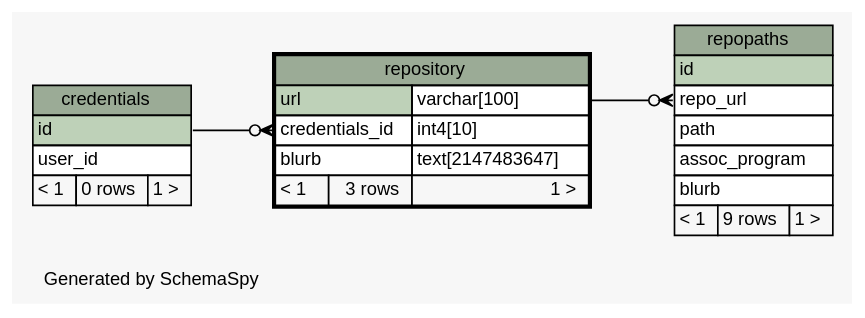
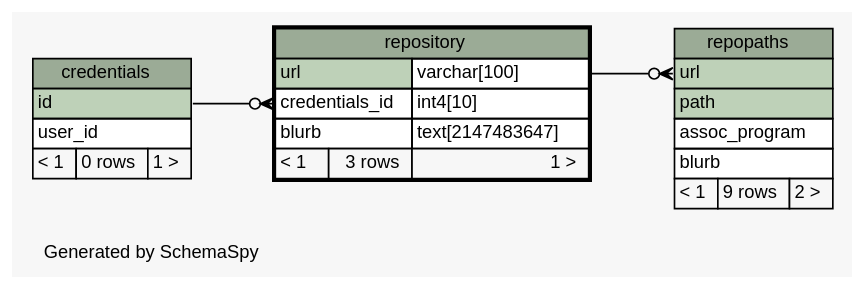
Before and after one commit to tgbugs/mlab: the diagram in database/ss/diagrams/repository.1degree.dot, drawn with Graphviz. The commit also changed 187 other files, not shown here.

```diff
--- a/database/ss/diagrams/repository.1degree.dot
+++ b/database/ss/diagrams/repository.1degree.dot
@@ -1,61 +1,60 @@
 // dot 2.32.0 on Windows 7 6.1
 // SchemaSpy rev 590
 digraph "oneDegreeRelationshipsDiagram" {
   graph [
     rankdir="RL"
     bgcolor="#f7f7f7"
     label="\nGenerated by SchemaSpy"
     labeljust="l"
     nodesep="0.18"
     ranksep="0.46"
     fontname="Helvetica"
     fontsize="11"
   ];
   node [
     fontname="Helvetica"
     fontsize="11"
     shape="plaintext"
   ];
   edge [
     arrowsize="0.8"
   ];
-  "repopaths":"repo_url":w -> "repository":"url.type":e [arrowhead=none dir=back arrowtail=crowodot];
+  "repopaths":"url":w -> "repository":"url.type":e [arrowhead=none dir=back arrowtail=crowodot];
   "repository":"credentials_id":w -> "credentials":"id":e [arrowhead=none dir=back arrowtail=crowodot];
   "credentials" [
     label=<
     <TABLE BORDER="0" CELLBORDER="1" CELLSPACING="0" BGCOLOR="#ffffff">
       <TR><TD COLSPAN="3" BGCOLOR="#9bab96" ALIGN="CENTER">credentials</TD></TR>
       <TR><TD PORT="id" COLSPAN="3" BGCOLOR="#bed1b8" ALIGN="LEFT">id</TD></TR>
       <TR><TD PORT="user_id" COLSPAN="3" ALIGN="LEFT">user_id</TD></TR>
       <TR><TD ALIGN="LEFT" BGCOLOR="#f7f7f7">&lt; 1</TD><TD ALIGN="RIGHT" BGCOLOR="#f7f7f7">0 rows</TD><TD ALIGN="RIGHT" BGCOLOR="#f7f7f7">1 &gt;</TD></TR>
     </TABLE>>
     URL="credentials.html"
     tooltip="credentials"
   ];
   "repopaths" [
     label=<
     <TABLE BORDER="0" CELLBORDER="1" CELLSPACING="0" BGCOLOR="#ffffff">
       <TR><TD COLSPAN="3" BGCOLOR="#9bab96" ALIGN="CENTER">repopaths</TD></TR>
-      <TR><TD PORT="id" COLSPAN="3" BGCOLOR="#bed1b8" ALIGN="LEFT">id</TD></TR>
-      <TR><TD PORT="repo_url" COLSPAN="3" ALIGN="LEFT">repo_url</TD></TR>
-      <TR><TD PORT="path" COLSPAN="3" ALIGN="LEFT">path</TD></TR>
+      <TR><TD PORT="url" COLSPAN="3" BGCOLOR="#bed1b8" ALIGN="LEFT">url</TD></TR>
+      <TR><TD PORT="path" COLSPAN="3" BGCOLOR="#bed1b8" ALIGN="LEFT">path</TD></TR>
       <TR><TD PORT="assoc_program" COLSPAN="3" ALIGN="LEFT">assoc_program</TD></TR>
       <TR><TD PORT="blurb" COLSPAN="3" ALIGN="LEFT">blurb</TD></TR>
-      <TR><TD ALIGN="LEFT" BGCOLOR="#f7f7f7">&lt; 1</TD><TD ALIGN="RIGHT" BGCOLOR="#f7f7f7">9 rows</TD><TD ALIGN="RIGHT" BGCOLOR="#f7f7f7">1 &gt;</TD></TR>
+      <TR><TD ALIGN="LEFT" BGCOLOR="#f7f7f7">&lt; 1</TD><TD ALIGN="RIGHT" BGCOLOR="#f7f7f7">9 rows</TD><TD ALIGN="RIGHT" BGCOLOR="#f7f7f7">2 &gt;</TD></TR>
     </TABLE>>
     URL="repopaths.html"
     tooltip="repopaths"
   ];
   "repository" [
     label=<
     <TABLE BORDER="2" CELLBORDER="1" CELLSPACING="0" BGCOLOR="#ffffff">
       <TR><TD COLSPAN="3" BGCOLOR="#9bab96" ALIGN="CENTER">repository</TD></TR>
       <TR><TD PORT="url" COLSPAN="2" BGCOLOR="#bed1b8" ALIGN="LEFT">url</TD><TD PORT="url.type" ALIGN="LEFT">varchar[100]</TD></TR>
       <TR><TD PORT="credentials_id" COLSPAN="2" ALIGN="LEFT">credentials_id</TD><TD PORT="credentials_id.type" ALIGN="LEFT">int4[10]</TD></TR>
       <TR><TD PORT="blurb" COLSPAN="2" ALIGN="LEFT">blurb</TD><TD PORT="blurb.type" ALIGN="LEFT">text[2147483647]</TD></TR>
       <TR><TD ALIGN="LEFT" BGCOLOR="#f7f7f7">&lt; 1</TD><TD ALIGN="RIGHT" BGCOLOR="#f7f7f7">3 rows</TD><TD ALIGN="RIGHT" BGCOLOR="#f7f7f7">1 &gt;</TD></TR>
     </TABLE>>
     URL="repository.html"
     tooltip="repository"
   ];
 }
```
